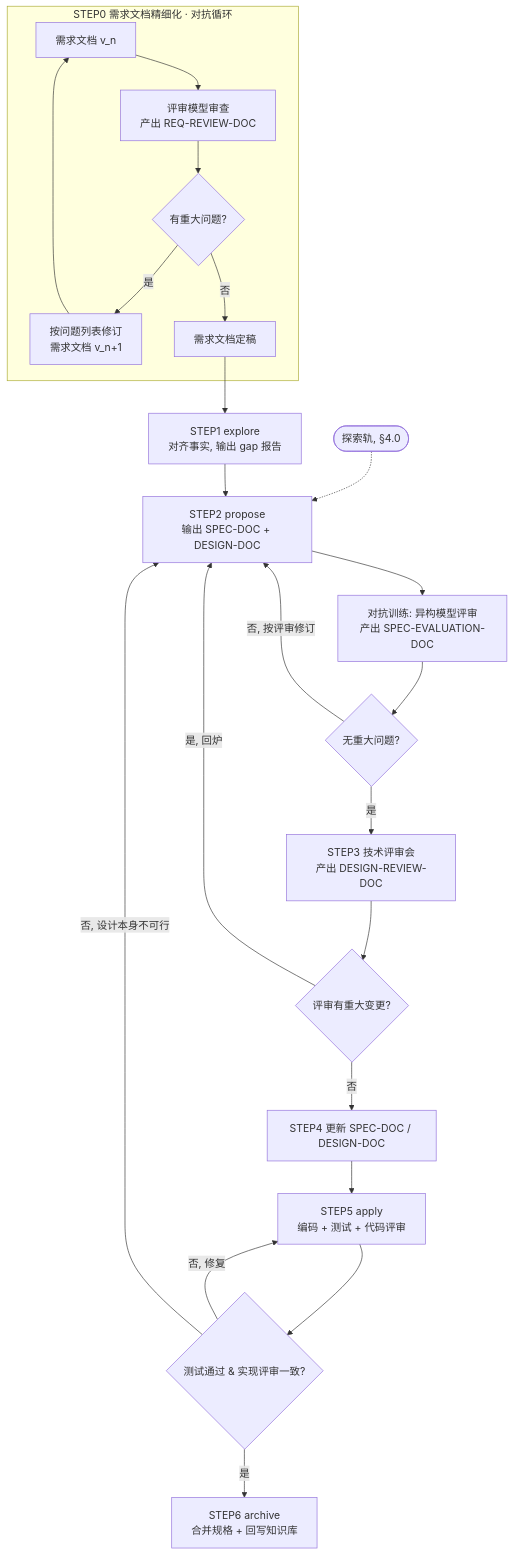
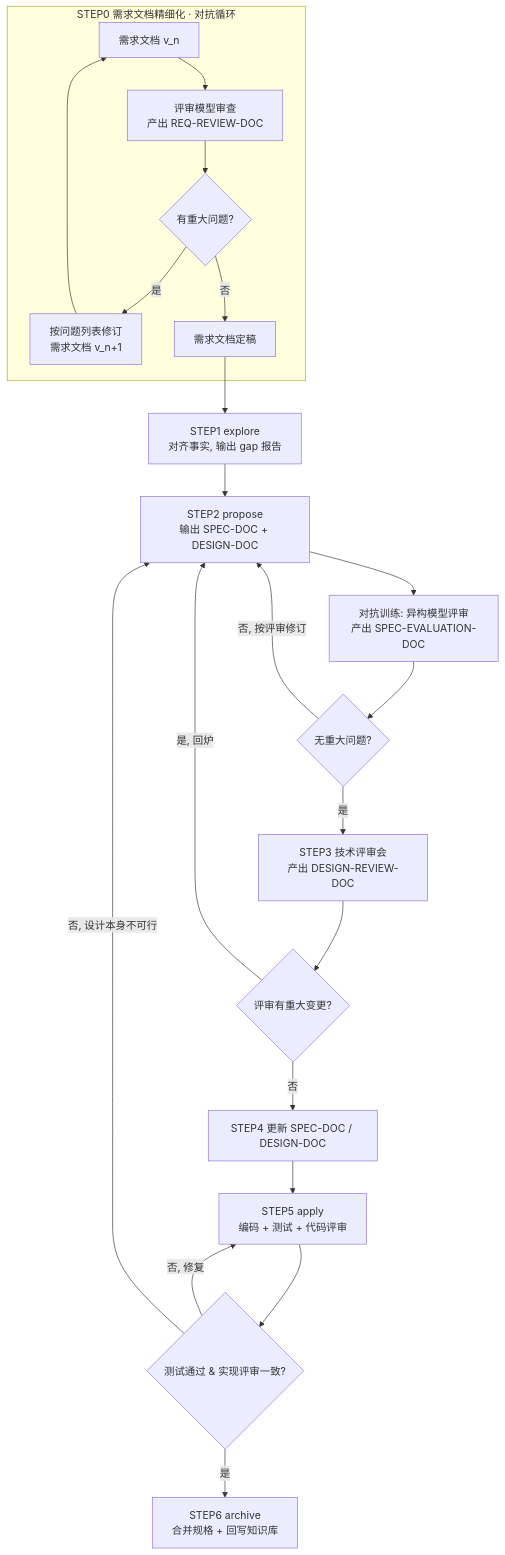
One commit to Apriorhythm/apriori-spec-development changed the diagram in docs/concepts_cn.md. Above: the diagram before and after it, drawn with Mermaid. The commit also changed other lines of this file and 35 other files, not shown here.

````diff
--- a/docs/concepts_cn.md
+++ b/docs/concepts_cn.md
@@ -312,28 +292,27 @@
 ```mermaid
 graph TD
-    X0([探索轨, §4.0]) -.-> C
     subgraph S0[STEP0 需求文档精细化 · 对抗循环]
         A1[需求文档 v_n] --> A2[评审模型审查<br/>产出 REQ-REVIEW-DOC]
         A2 --> A3{有重大问题?}
         A3 -- 是 --> A4[按问题列表修订<br/>需求文档 v_n+1]
         A4 --> A1
         A3 -- 否 --> A5[需求文档定稿]
     end
 
     A5 --> B[STEP1 explore<br/>对齐事实, 输出 gap 报告]
     B --> C[STEP2 propose<br/>输出 SPEC-DOC + DESIGN-DOC]
 
     C --> D[对抗训练: 异构模型评审<br/>产出 SPEC-EVALUATION-DOC]
     D --> D2{无重大问题?}
     D2 -- 否, 按评审修订 --> C
 
     D2 -- 是 --> E[STEP3 技术评审会<br/>产出 DESIGN-REVIEW-DOC]
     E --> F{评审有重大变更?}
     F -- 是, 回炉 --> C
     F -- 否 --> G[STEP4 更新 SPEC-DOC / DESIGN-DOC]
     G --> H[STEP5 apply<br/>编码 + 测试 + 代码评审]
     H --> H2{测试通过 & 实现评审一致?}
     H2 -- 否, 修复 --> H
     H2 -- 否, 设计本身不可行 --> C
     H2 -- 是 --> I[STEP6 archive<br/>合并规格 + 回写知识库]
 ```
````
